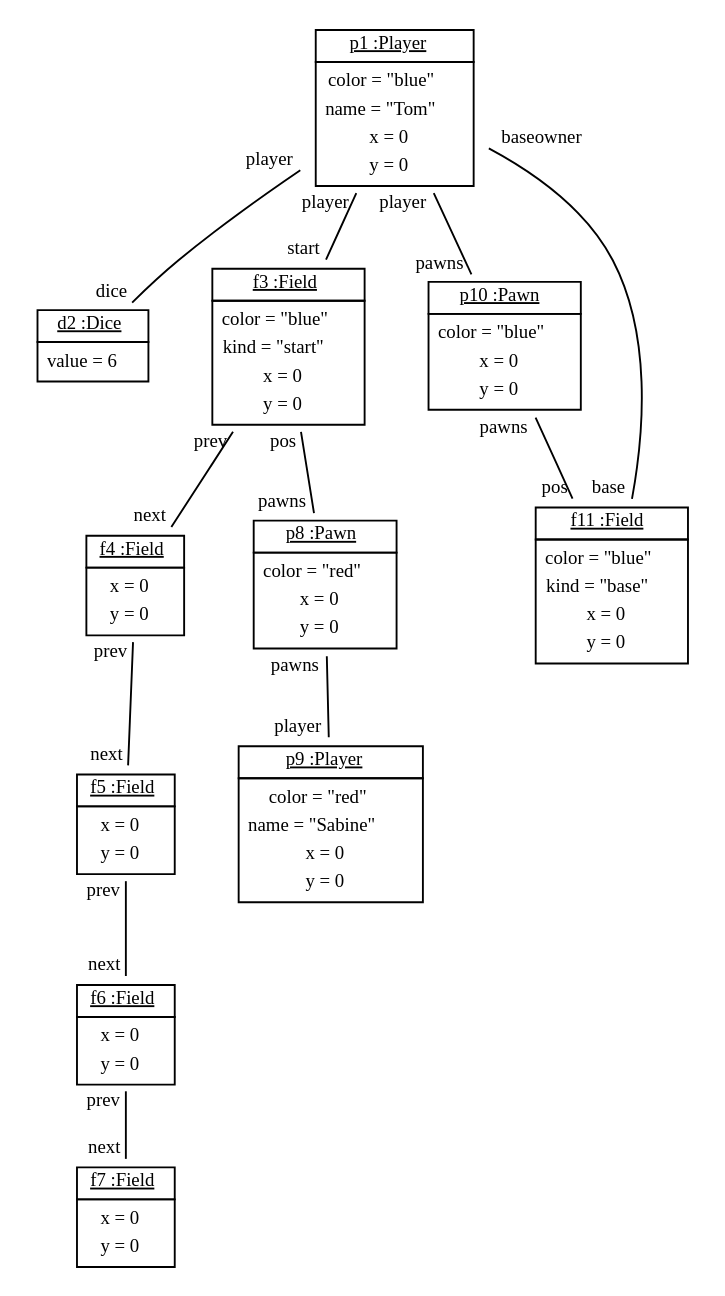
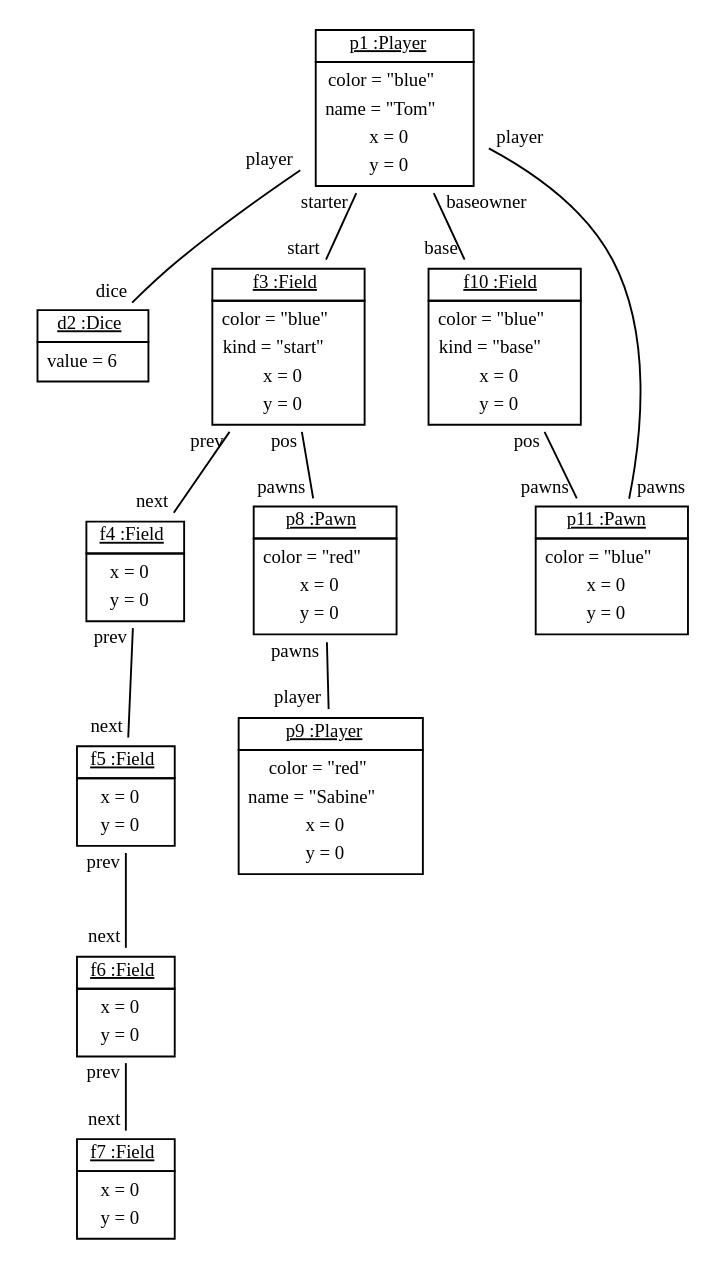
The diagram in doc/LudoScenario3.dot (fujaba/SDMLib), drawn with Graphviz before and after one commit. The commit also changed 13 other files, not shown here.

```diff
--- a/doc/LudoScenario3.dot
+++ b/doc/LudoScenario3.dot
@@ -1,28 +1,28 @@
 graph ObjectDiagram {
    node [shape = none, fontsize = 10];
    edge [fontsize = 10];
 
 p1 [label=<<table border='0' cellborder='1' cellspacing='0'> <tr> <td> <u>p1 :Player</u></td></tr><tr><td><table border='0' cellborder='0' cellspacing='0'><tr><td>color = "blue"</td></tr><tr><td>name = "Tom"</td></tr><tr><td>x = 0</td></tr><tr><td>y = 0</td></tr></table></td></tr></table>>];
 d2 [label=<<table border='0' cellborder='1' cellspacing='0'> <tr> <td> <u>d2 :Dice</u></td></tr><tr><td><table border='0' cellborder='0' cellspacing='0'><tr><td>value = 6</td></tr></table></td></tr></table>>];
 f3 [label=<<table border='0' cellborder='1' cellspacing='0'> <tr> <td> <u>f3 :Field</u></td></tr><tr><td><table border='0' cellborder='0' cellspacing='0'><tr><td>color = "blue"</td></tr><tr><td>kind = "start"</td></tr><tr><td>x = 0</td></tr><tr><td>y = 0</td></tr></table></td></tr></table>>];
 f4 [label=<<table border='0' cellborder='1' cellspacing='0'> <tr> <td> <u>f4 :Field</u></td></tr><tr><td><table border='0' cellborder='0' cellspacing='0'><tr><td>x = 0</td></tr><tr><td>y = 0</td></tr></table></td></tr></table>>];
 f5 [label=<<table border='0' cellborder='1' cellspacing='0'> <tr> <td> <u>f5 :Field</u></td></tr><tr><td><table border='0' cellborder='0' cellspacing='0'><tr><td>x = 0</td></tr><tr><td>y = 0</td></tr></table></td></tr></table>>];
 f6 [label=<<table border='0' cellborder='1' cellspacing='0'> <tr> <td> <u>f6 :Field</u></td></tr><tr><td><table border='0' cellborder='0' cellspacing='0'><tr><td>x = 0</td></tr><tr><td>y = 0</td></tr></table></td></tr></table>>];
 f7 [label=<<table border='0' cellborder='1' cellspacing='0'> <tr> <td> <u>f7 :Field</u></td></tr><tr><td><table border='0' cellborder='0' cellspacing='0'><tr><td>x = 0</td></tr><tr><td>y = 0</td></tr></table></td></tr></table>>];
 p8 [label=<<table border='0' cellborder='1' cellspacing='0'> <tr> <td> <u>p8 :Pawn</u></td></tr><tr><td><table border='0' cellborder='0' cellspacing='0'><tr><td>color = "red"</td></tr><tr><td>x = 0</td></tr><tr><td>y = 0</td></tr></table></td></tr></table>>];
 p9 [label=<<table border='0' cellborder='1' cellspacing='0'> <tr> <td> <u>p9 :Player</u></td></tr><tr><td><table border='0' cellborder='0' cellspacing='0'><tr><td>color = "red"</td></tr><tr><td>name = "Sabine"</td></tr><tr><td>x = 0</td></tr><tr><td>y = 0</td></tr></table></td></tr></table>>];
-p10 [label=<<table border='0' cellborder='1' cellspacing='0'> <tr> <td> <u>p10 :Pawn</u></td></tr><tr><td><table border='0' cellborder='0' cellspacing='0'><tr><td>color = "blue"</td></tr><tr><td>x = 0</td></tr><tr><td>y = 0</td></tr></table></td></tr></table>>];
-f11 [label=<<table border='0' cellborder='1' cellspacing='0'> <tr> <td> <u>f11 :Field</u></td></tr><tr><td><table border='0' cellborder='0' cellspacing='0'><tr><td>color = "blue"</td></tr><tr><td>kind = "base"</td></tr><tr><td>x = 0</td></tr><tr><td>y = 0</td></tr></table></td></tr></table>>];
+f10 [label=<<table border='0' cellborder='1' cellspacing='0'> <tr> <td> <u>f10 :Field</u></td></tr><tr><td><table border='0' cellborder='0' cellspacing='0'><tr><td>color = "blue"</td></tr><tr><td>kind = "base"</td></tr><tr><td>x = 0</td></tr><tr><td>y = 0</td></tr></table></td></tr></table>>];
+p11 [label=<<table border='0' cellborder='1' cellspacing='0'> <tr> <td> <u>p11 :Pawn</u></td></tr><tr><td><table border='0' cellborder='0' cellspacing='0'><tr><td>color = "blue"</td></tr><tr><td>x = 0</td></tr><tr><td>y = 0</td></tr></table></td></tr></table>>];
 
+f10 -- p11 [headlabel = "pawns" taillabel = "pos"];
 f3 -- f4 [headlabel = "next" taillabel = "prev"];
 f3 -- p8 [headlabel = "pawns" taillabel = "pos"];
 f4 -- f5 [headlabel = "next" taillabel = "prev"];
 f5 -- f6 [headlabel = "next" taillabel = "prev"];
 f6 -- f7 [headlabel = "next" taillabel = "prev"];
-p10 -- f11 [headlabel = "pos" taillabel = "pawns"];
 p1 -- d2 [headlabel = "dice" taillabel = "player"];
-p1 -- f11 [headlabel = "base" taillabel = "baseowner"];
-p1 -- f3 [headlabel = "start" taillabel = "player"];
-p1 -- p10 [headlabel = "pawns" taillabel = "player"];
+p1 -- f10 [headlabel = "base" taillabel = "baseowner"];
+p1 -- f3 [headlabel = "start" taillabel = "starter"];
+p1 -- p11 [headlabel = "pawns" taillabel = "player"];
 p8 -- p9 [headlabel = "player" taillabel = "pawns"];
 }
```
